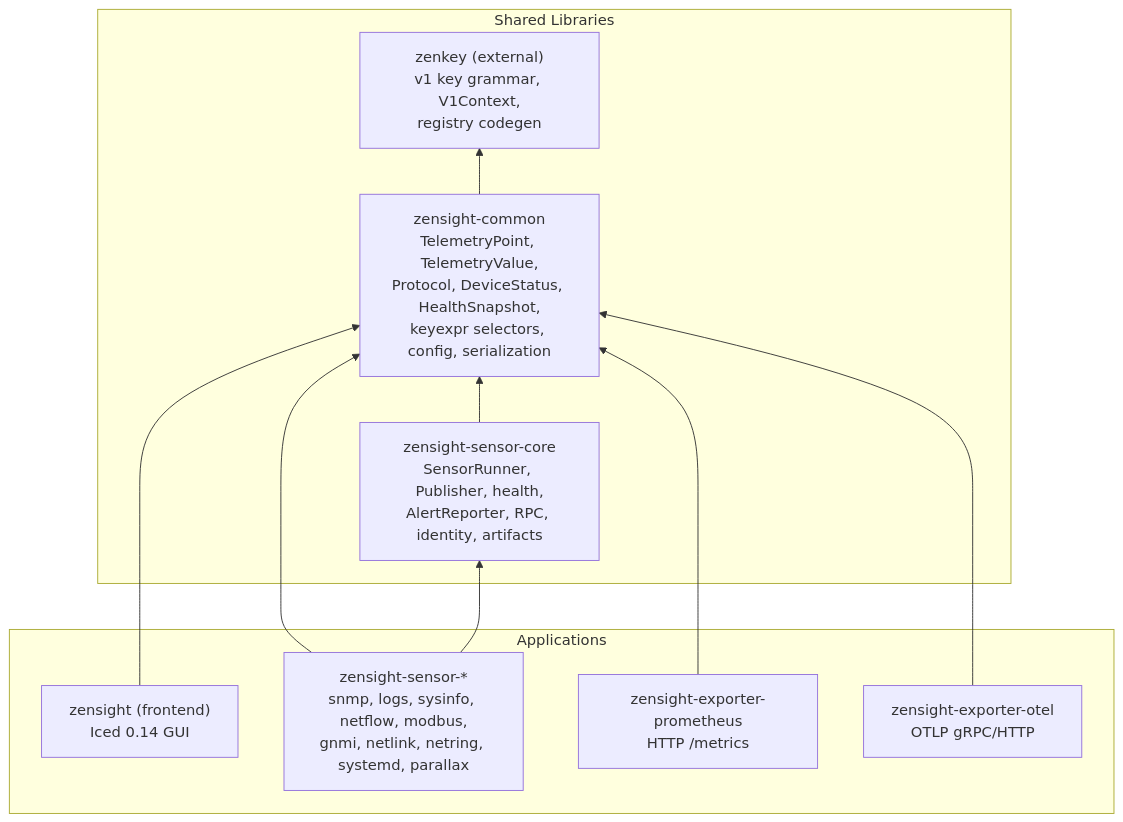
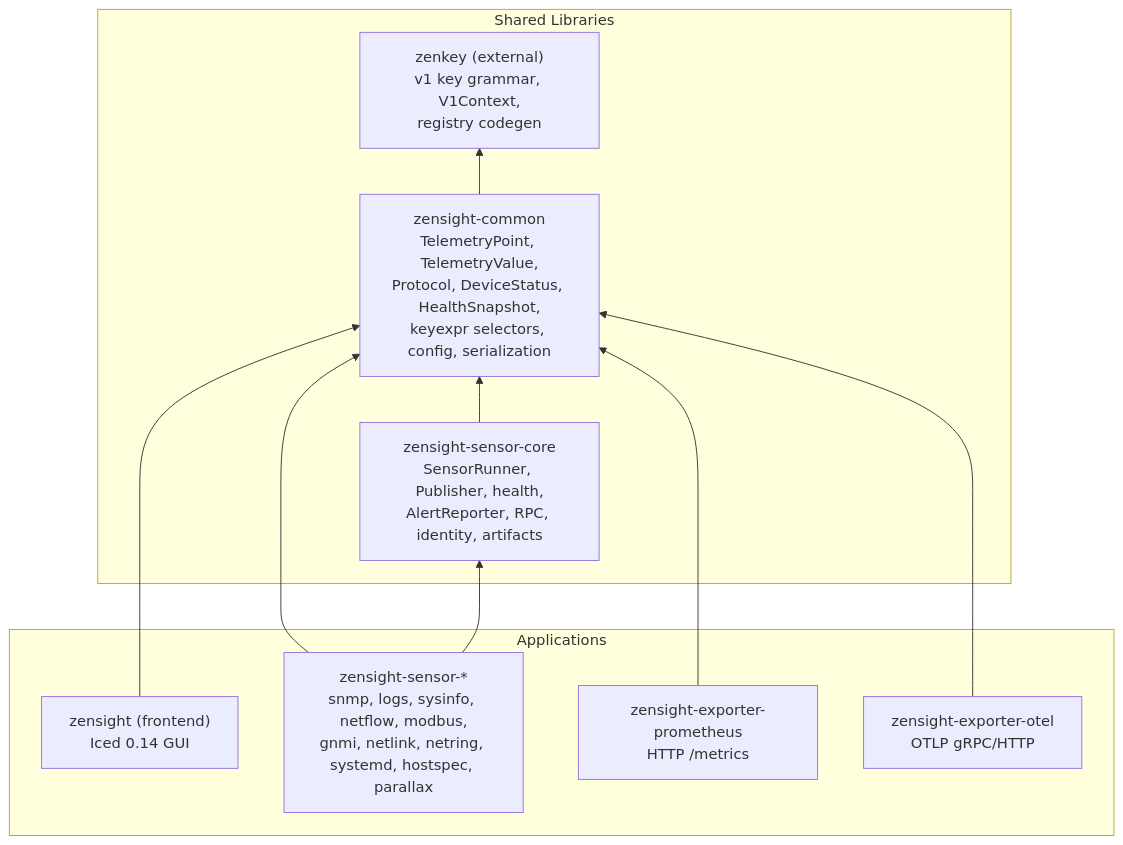
One commit to p13marc/zensight changed the second of 8 diagrams in docs/ARCHITECTURE.md. Above: the diagram before and after it, drawn with Mermaid. The commit also changed other lines of this file and 15 other files, not shown here.

````diff
--- a/docs/ARCHITECTURE.md
+++ b/docs/ARCHITECTURE.md
@@ -75,24 +75,24 @@
 ```mermaid
 flowchart BT
     subgraph Shared["Shared Libraries"]
         Keyspace["zenkey (external)<br/>v1 key grammar, V1Context,<br/>registry codegen"]
         Common["zensight-common<br/>TelemetryPoint, TelemetryValue,<br/>Protocol, DeviceStatus, HealthSnapshot,<br/>keyexpr selectors, config, serialization"]
         Core["zensight-sensor-core<br/>SensorRunner, Publisher, health,<br/>AlertReporter, RPC, identity, artifacts"]
     end
 
     Common --> Keyspace
     Core --> Common
 
     subgraph Apps["Applications"]
         Frontend["zensight (frontend)<br/>Iced 0.14 GUI"]
-        SensorApps["zensight-sensor-*<br/>snmp, logs, sysinfo, netflow, modbus,<br/>gnmi, netlink, netring, systemd, parallax"]
+        SensorApps["zensight-sensor-*<br/>snmp, logs, sysinfo, netflow, modbus,<br/>gnmi, netlink, netring, systemd, hostspec, parallax"]
         PromExp["zensight-exporter-prometheus<br/>HTTP /metrics"]
         OtelExp["zensight-exporter-otel<br/>OTLP gRPC/HTTP"]
     end
 
     Frontend --> Common
     SensorApps --> Common
     SensorApps --> Core
     PromExp --> Common
     OtelExp --> Common
 ```
````
